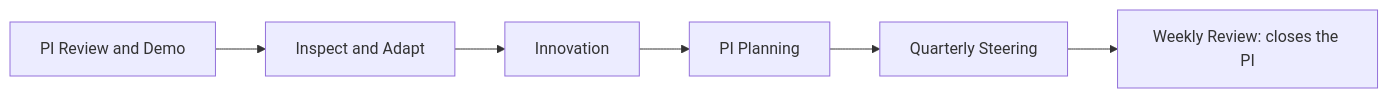
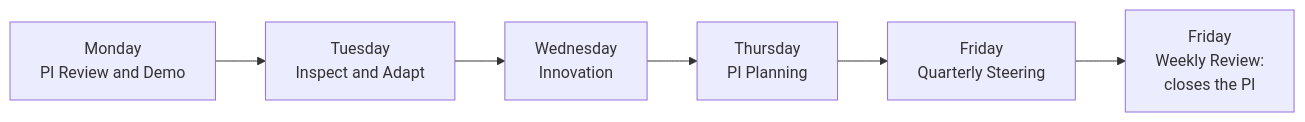
Before and after one commit to devhogu/ob-aicc: the fourth of 6 diagrams in charter/workflows/cadence.md, drawn with Mermaid. The commit also changed other lines of this file and 200 other files, not shown here.

````diff
--- a/charter/workflows/cadence.md
+++ b/charter/workflows/cadence.md
@@ -90,4 +135,4 @@
 ```mermaid
 flowchart LR
-  A["PI Review and Demo"] --> B["Inspect and Adapt"] --> C["Innovation"] --> D["PI Planning"] --> E["Quarterly Steering"] --> F["Weekly Review: closes the PI"]
+  A["Monday<br/>PI Review and Demo"] --> B["Tuesday<br/>Inspect and Adapt"] --> C["Wednesday<br/>Innovation"] --> D["Thursday<br/>PI Planning"] --> E["Friday<br/>Quarterly Steering"] --> F["Friday<br/>Weekly Review:<br/>closes the PI"]
 ```
````
